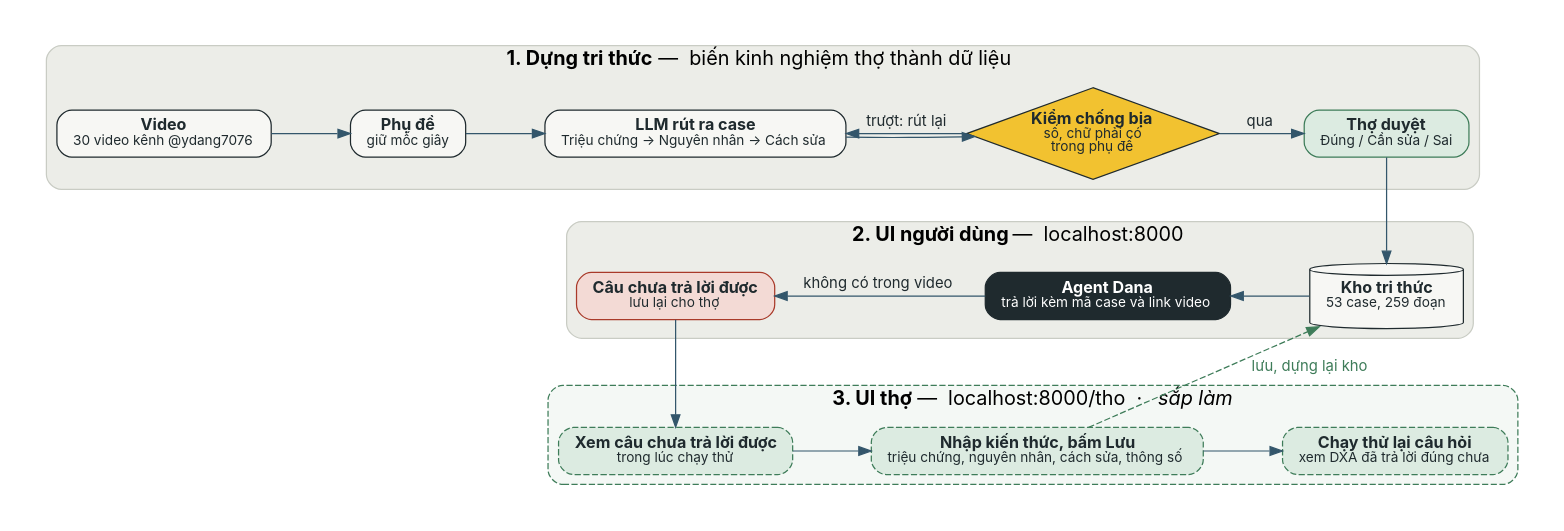
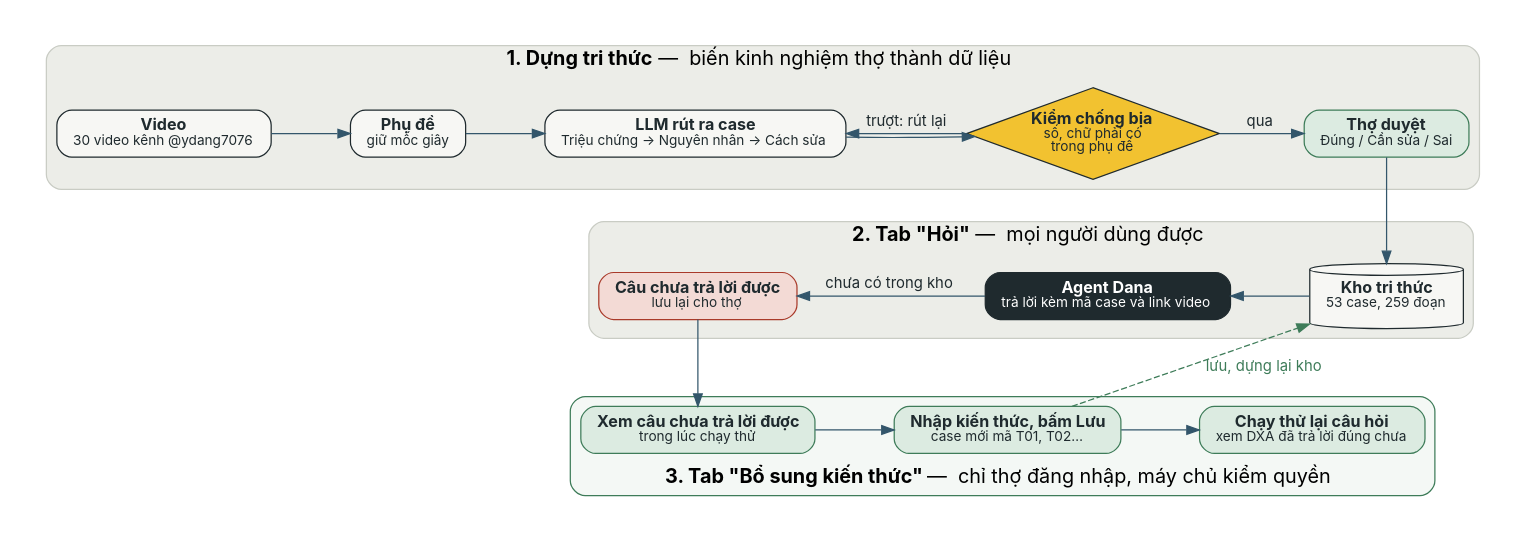
Before and after one commit to ydangishere/dev-projects: the diagram in dxa-automative-agent_dana/docs/pipeline.dot, drawn with Graphviz. The commit also changed 12 other files, not shown here.

First line of the commit message:
feat(dxa-dana): expert tab to add knowledge, with server-side permission (#6)

```diff
--- a/dxa-automative-agent_dana/docs/pipeline.dot
+++ b/dxa-automative-agent_dana/docs/pipeline.dot
@@ -1,45 +1,45 @@
 // Pipeline DXA: video → tri thức → agent → câu chưa trả lời được → thợ bổ sung → kho tri thức.
-// Hai giao diện: UI người dùng (localhost:8000) và UI thợ (localhost:8000/tho, sắp làm).
+// Một trang (localhost:8000), hai tab: "Hỏi" cho mọi người, "Bổ sung kiến thức" chỉ thợ đăng nhập mới thấy.
 // Dựng ảnh: dot -Tpng -Gdpi=150 pipeline.dot -o pipeline.png
 digraph DXA {
   graph [rankdir=TB, bgcolor="white", fontname="Inter", fontsize=16, nodesep=0.45, ranksep=0.7, pad=0.3, newrank=true];
   node  [fontname="Inter", fontsize=13, shape=box, style="rounded,filled", fillcolor="#F7F7F4", color="#1F2A2E", fontcolor="#1F2A2E", margin="0.18,0.10"];
   edge  [fontname="Inter", fontsize=12, color="#33566B", fontcolor="#1F2A2E"];
 
   subgraph cluster_build {
     label=<<b>1. Dựng tri thức</b>  —  biến kinh nghiệm thợ thành dữ liệu>; style="rounded,filled"; fillcolor="#ECEDE8"; color="#C9CCC4";
     V [label=<<b>Video</b><br/><font point-size="11">30 video kênh @ydang7076</font>>];
     P [label=<<b>Phụ đề</b><br/><font point-size="11">giữ mốc giây</font>>];
     L [label=<<b>LLM rút ra case</b><br/><font point-size="11">Triệu chứng → Nguyên nhân → Cách sửa</font>>];
     C [label=<<b>Kiểm chống bịa</b><br/><font point-size="11">số, chữ phải có<br/>trong phụ đề</font>>, shape=diamond, margin="0.02,0.02", style="filled", fillcolor="#F2C230"];
     T [label=<<b>Thợ duyệt</b><br/><font point-size="11">Đúng / Cần sửa / Sai</font>>, fillcolor="#DCEBE1", color="#3E7C59"];
   }
 
   subgraph cluster_run {
-    label=<<b>2. UI người dùng</b>  —  localhost:8000>; style="rounded,filled"; fillcolor="#ECEDE8"; color="#C9CCC4";
+    label=<<b>2. Tab "Hỏi"</b>  —  mọi người dùng được>; style="rounded,filled"; fillcolor="#ECEDE8"; color="#C9CCC4";
     K [label=<<b>Kho tri thức</b><br/><font point-size="11">53 case, 259 đoạn</font>>, shape=cylinder, style="filled"];
     A [label=<<b>Agent Dana</b><br/><font point-size="11">trả lời kèm mã case và link video</font>>, fillcolor="#1F2A2E", fontcolor="white"];
     U [label=<<b>Câu chưa trả lời được</b><br/><font point-size="11">lưu lại cho thợ</font>>, fillcolor="#F3DAD5", color="#A93A2A"];
   }
 
   subgraph cluster_expert {
-    label=<<b>3. UI thợ</b>  —  localhost:8000/tho  ·  <i>sắp làm</i>>; style="rounded,filled,dashed"; fillcolor="#F4F8F5"; color="#3E7C59";
-    E1 [label=<<b>Xem câu chưa trả lời được</b><br/><font point-size="11">trong lúc chạy thử</font>>, style="rounded,filled,dashed", fillcolor="#DCEBE1", color="#3E7C59"];
-    E2 [label=<<b>Nhập kiến thức, bấm Lưu</b><br/><font point-size="11">triệu chứng, nguyên nhân, cách sửa, thông số</font>>, style="rounded,filled,dashed", fillcolor="#DCEBE1", color="#3E7C59"];
-    E3 [label=<<b>Chạy thử lại câu hỏi</b><br/><font point-size="11">xem DXA đã trả lời đúng chưa</font>>, style="rounded,filled,dashed", fillcolor="#DCEBE1", color="#3E7C59"];
+    label=<<b>3. Tab "Bổ sung kiến thức"</b>  —  chỉ thợ đăng nhập, máy chủ kiểm quyền>; labelloc="b"; style="rounded,filled"; fillcolor="#F4F8F5"; color="#3E7C59";
+    E1 [label=<<b>Xem câu chưa trả lời được</b><br/><font point-size="11">trong lúc chạy thử</font>>, fillcolor="#DCEBE1", color="#3E7C59"];
+    E2 [label=<<b>Nhập kiến thức, bấm Lưu</b><br/><font point-size="11">case mới mã T01, T02…</font>>, fillcolor="#DCEBE1", color="#3E7C59"];
+    E3 [label=<<b>Chạy thử lại câu hỏi</b><br/><font point-size="11">xem DXA đã trả lời đúng chưa</font>>, fillcolor="#DCEBE1", color="#3E7C59"];
   }
 
   { rank=same; V; P; L; C; T; }
   { rank=same; K; A; U; }
   { rank=same; E1; E2; E3; }
 
   V -> P -> L -> C;
   C -> T [label="  qua  "];
   C -> L [label="trượt: rút lại", constraint=false];
   T -> K;
   A -> K [dir=back];
-  U -> A [dir=back, label="  không có trong video  "];
+  U -> A [dir=back, label="  chưa có trong kho  "];
   U -> E1;
   E1 -> E2 -> E3;
   E2 -> K [style=dashed, color="#3E7C59", fontcolor="#3E7C59", label="  lưu, dựng lại kho  ", constraint=false];
 }
```
